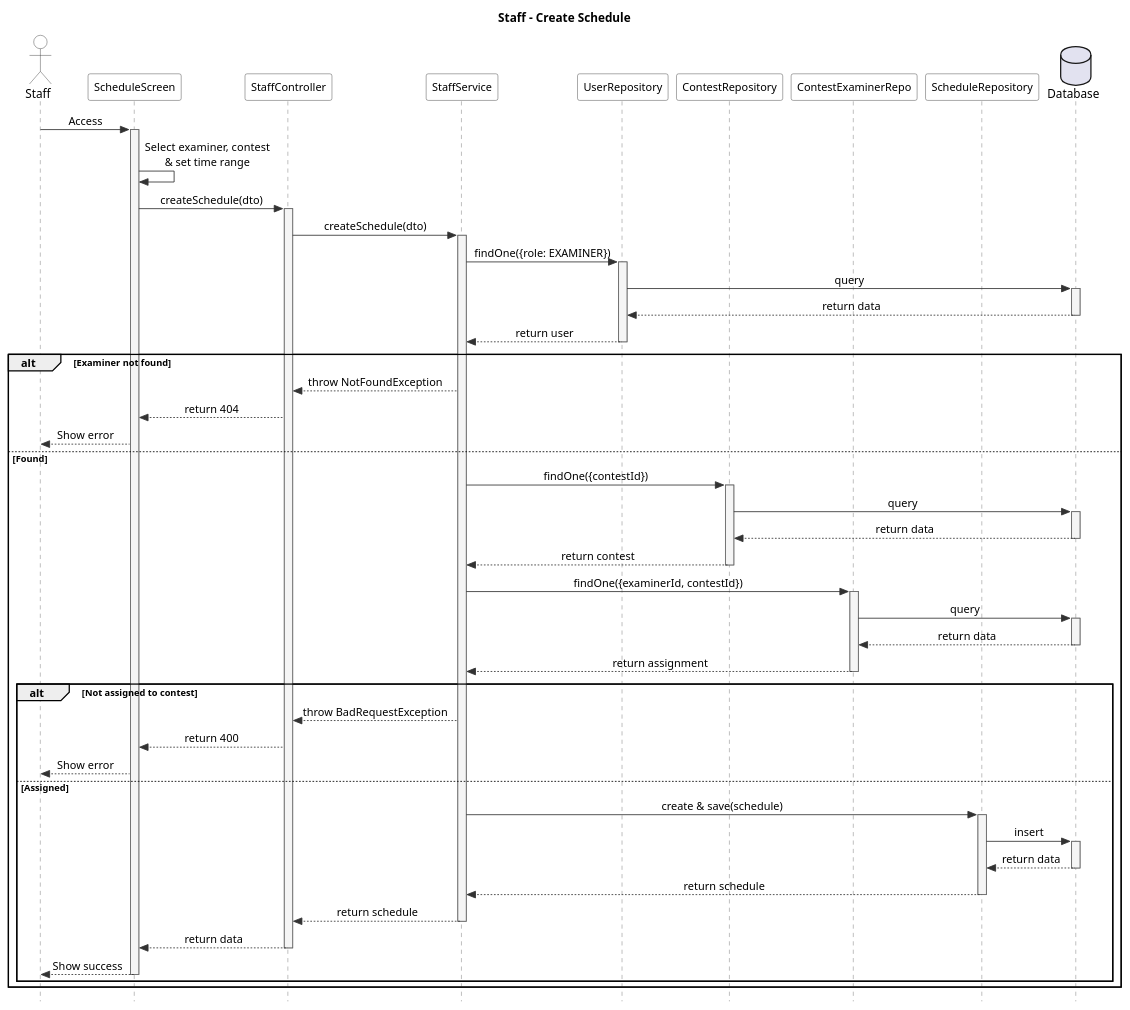
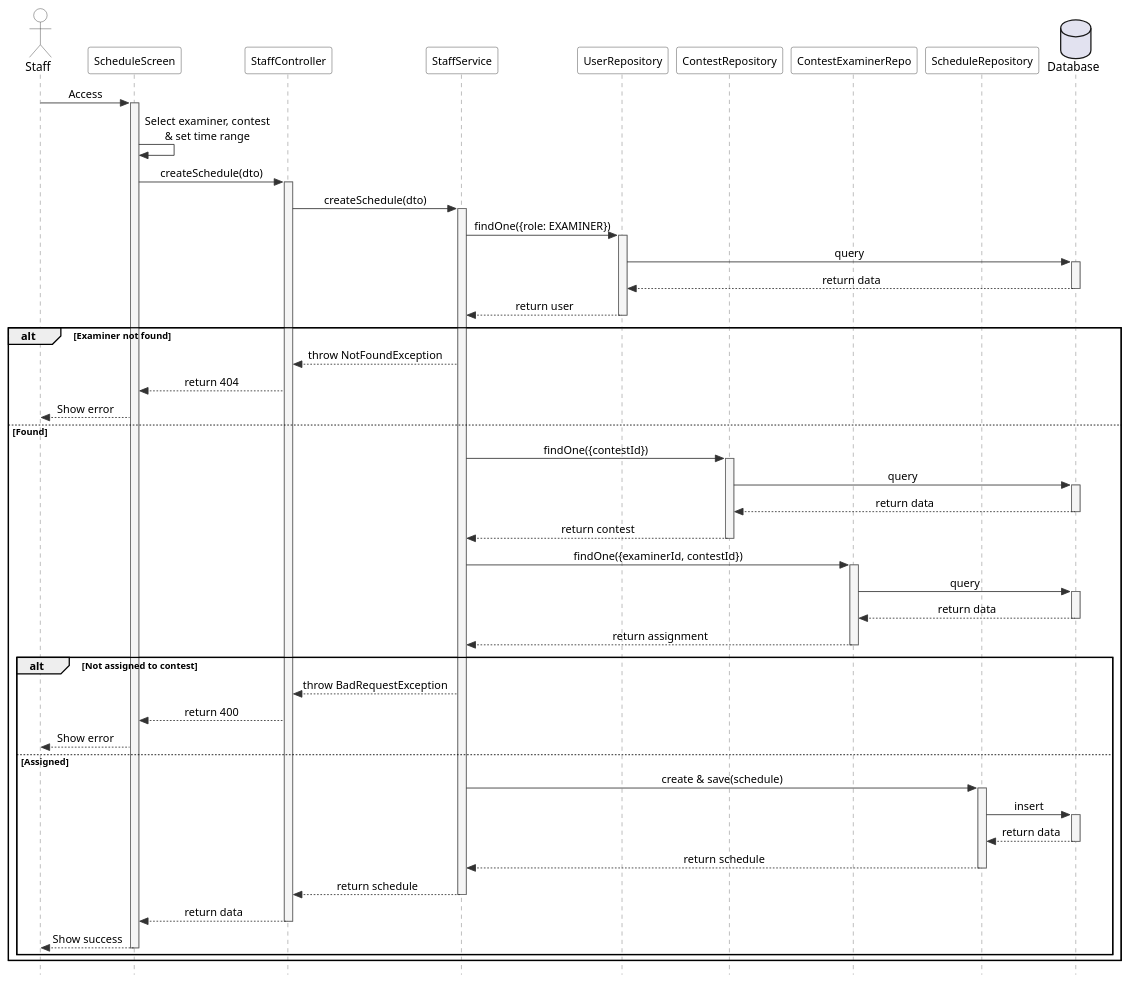
One commit to viethoang1520/artchain-server changed the diagram in documents/schedule/sequence-staff-create-schedule.puml. Above: the diagram before and after it, drawn with PlantUML. The commit also changed 57 other files, not shown here.

```diff
--- a/documents/schedule/sequence-staff-create-schedule.puml
+++ b/documents/schedule/sequence-staff-create-schedule.puml
@@ -1,95 +1,93 @@
 @startuml Staff - Create Schedule
 
 skinparam style strictuml
 skinparam backgroundColor White
 skinparam sequenceMessageAlign center
 skinparam sequence {
   ArrowColor #333333
   LifeLineBorderColor #666666
   LifeLineBackgroundColor #F5F5F5
   ParticipantBorderColor #333333
   ParticipantBackgroundColor #FFFFFF
   ParticipantFontSize 13
   ActorBorderColor #333333
   ActorBackgroundColor #FFFFFF
 }
-
-title Staff - Create Schedule
 
 actor Staff
 participant "ScheduleScreen" as Screen
 participant "StaffController" as Controller
 participant "StaffService" as Service
 participant "UserRepository" as UserRepo
 participant "ContestRepository" as ContestRepo
 participant "ContestExaminerRepo" as CERepo
 participant "ScheduleRepository" as SchedRepo
 database "Database" as DB
 
 Staff -> Screen : Access
 activate Screen
 
 Screen -> Screen : Select examiner, contest\n& set time range
 
 Screen -> Controller : createSchedule(dto)
 activate Controller
 
 Controller -> Service : createSchedule(dto)
 activate Service
 
 Service -> UserRepo : findOne({role: EXAMINER})
 activate UserRepo
 UserRepo -> DB : query
 activate DB
 DB --> UserRepo : return data
 deactivate DB
 UserRepo --> Service : return user
 deactivate UserRepo
 
 alt Examiner not found
   Service --> Controller : throw NotFoundException
   Controller --> Screen : return 404
   Screen --> Staff : Show error
 else Found
   Service -> ContestRepo : findOne({contestId})
   activate ContestRepo
   ContestRepo -> DB : query
   activate DB
   DB --> ContestRepo : return data
   deactivate DB
   ContestRepo --> Service : return contest
   deactivate ContestRepo
 
   Service -> CERepo : findOne({examinerId, contestId})
   activate CERepo
   CERepo -> DB : query
   activate DB
   DB --> CERepo : return data
   deactivate DB
   CERepo --> Service : return assignment
   deactivate CERepo
 
   alt Not assigned to contest
     Service --> Controller : throw BadRequestException
     Controller --> Screen : return 400
     Screen --> Staff : Show error
   else Assigned
     Service -> SchedRepo : create & save(schedule)
     activate SchedRepo
     SchedRepo -> DB : insert
     activate DB
     DB --> SchedRepo : return data
     deactivate DB
     SchedRepo --> Service : return schedule
     deactivate SchedRepo
 
     Service --> Controller : return schedule
     deactivate Service
     Controller --> Screen : return data
     deactivate Controller
     Screen --> Staff : Show success
     deactivate Screen
   end
 end
 
 @enduml
```
